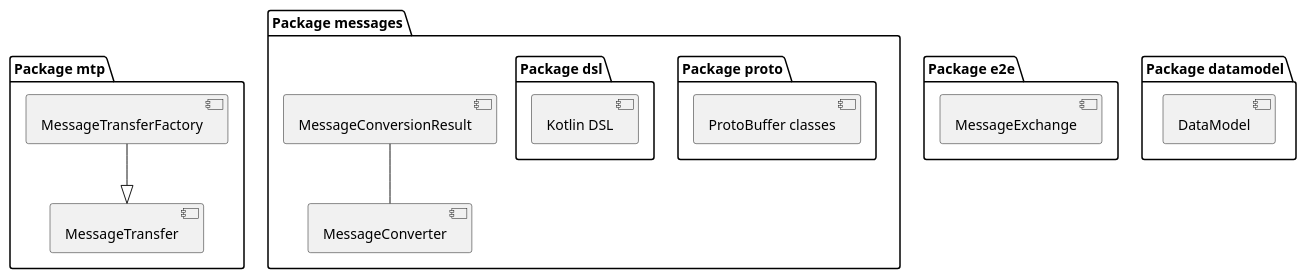
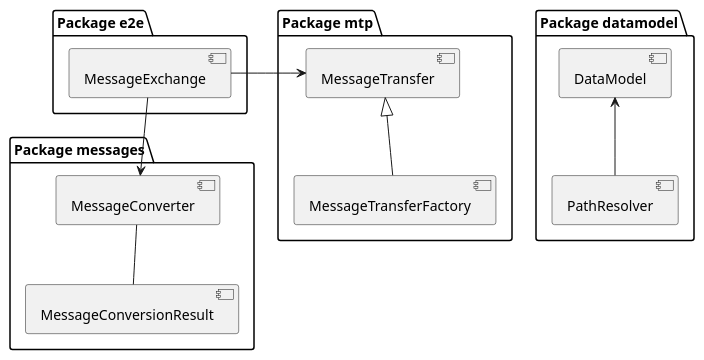
The diagram in README.md (telekom/usp-kmp), drawn with PlantUML before and after one commit. The commit also changed other lines of this file, not shown here.

````diff
--- a/README.md
+++ b/README.md
@@ -5,28 +9,26 @@
 ```plantuml
+package "Package e2e" {
+  [MessageExchange]
+}
+
 package "Package mtp" {
   [MessageTransfer]
   [MessageTransferFactory]
 }
 
 package "Package messages" {
   [MessageConverter]
   [MessageConversionResult]
-  package "Package proto" {
-    [ProtoBuffer classes]
-  }
-  package "Package dsl" {
-    [Kotlin DSL]
-  }
-}
-
-package "Package e2e" {
-  [MessageExchange]
 }
 
 package "Package datamodel" {
   [DataModel]
+  [PathResolver]
 }
 
-MessageTransferFactory --|> MessageTransfer
-MessageConversionResult -- MessageConverter
+MessageTransfer <|-- MessageTransferFactory
+MessageConverter -- MessageConversionResult
+MessageExchange -> MessageTransfer
+MessageExchange --> MessageConverter
+DataModel <-- PathResolver
 ```
````
